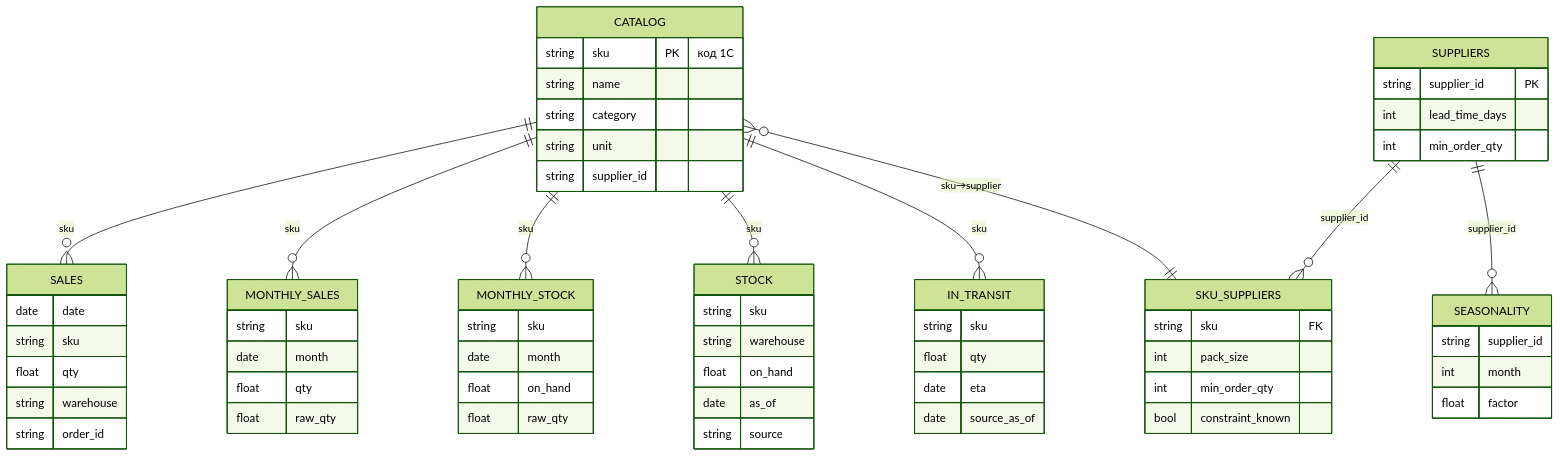
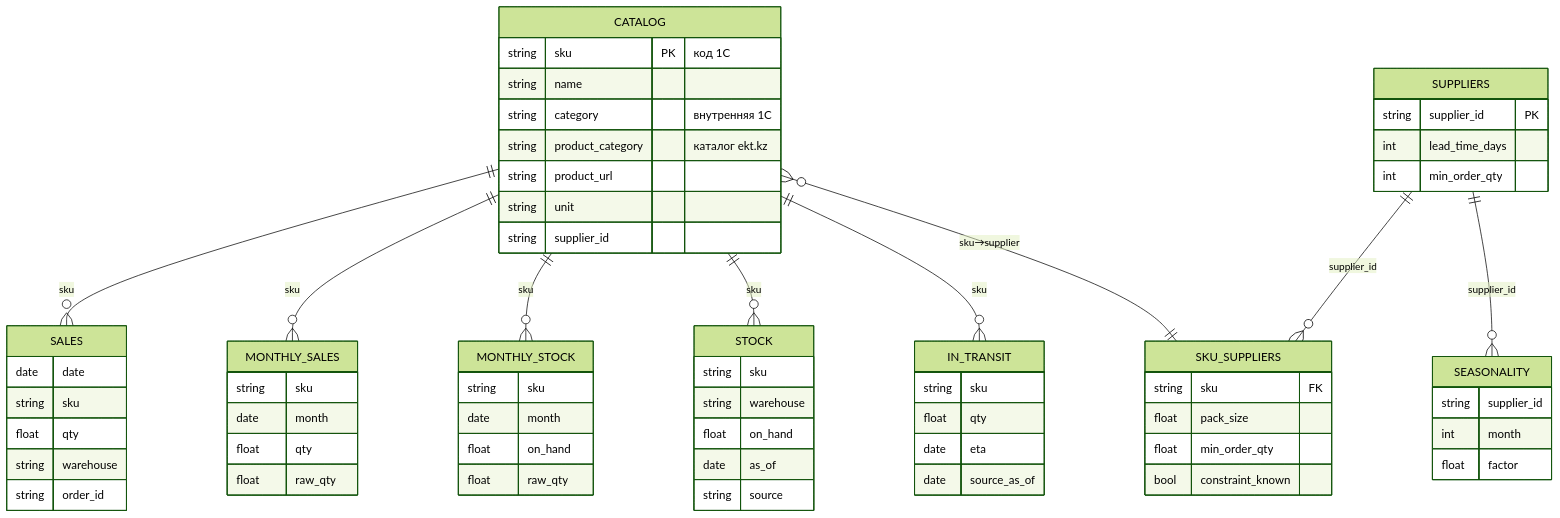
One commit to BAITC-Hacks/hack-a84ff6d0-hubtech changed the third of 5 diagrams in docs/АРХИТЕКТУРА.md. Above: the diagram before and after it, drawn with Mermaid (forest theme). The commit also changed other lines of this file and 32 other files, not shown here.

````diff
--- a/docs/АРХИТЕКТУРА.md
+++ b/docs/АРХИТЕКТУРА.md
@@ -89,67 +92,69 @@
 ```mermaid
 erDiagram
     CATALOG ||--o{ SALES : "sku"
     CATALOG ||--o{ MONTHLY_SALES : "sku"
     CATALOG ||--o{ MONTHLY_STOCK : "sku"
     CATALOG ||--o{ STOCK : "sku"
     CATALOG ||--o{ IN_TRANSIT : "sku"
     CATALOG }o--|| SKU_SUPPLIERS : "sku→supplier"
     SUPPLIERS ||--o{ SKU_SUPPLIERS : "supplier_id"
     SUPPLIERS ||--o{ SEASONALITY : "supplier_id"
 
     CATALOG {
         string sku PK "код 1С"
         string name
-        string category
+        string category "внутренняя 1С"
+        string product_category "каталог ekt.kz"
+        string product_url
         string unit
         string supplier_id
     }
     SALES {
         date date
         string sku
         float qty
         string warehouse
         string order_id
     }
     MONTHLY_SALES {
         string sku
         date month
         float qty
         float raw_qty
     }
     MONTHLY_STOCK {
         string sku
         date month
         float on_hand
         float raw_qty
     }
     STOCK {
         string sku
         string warehouse
         float on_hand
         date as_of
         string source
     }
     IN_TRANSIT {
         string sku
         float qty
         date eta
         date source_as_of
     }
     SUPPLIERS {
         string supplier_id PK
         int lead_time_days
         int min_order_qty
     }
     SKU_SUPPLIERS {
         string sku FK
-        int pack_size
-        int min_order_qty
+        float pack_size
+        float min_order_qty
         bool constraint_known
     }
     SEASONALITY {
         string supplier_id
         int month
         float factor
     }
 ```
````
